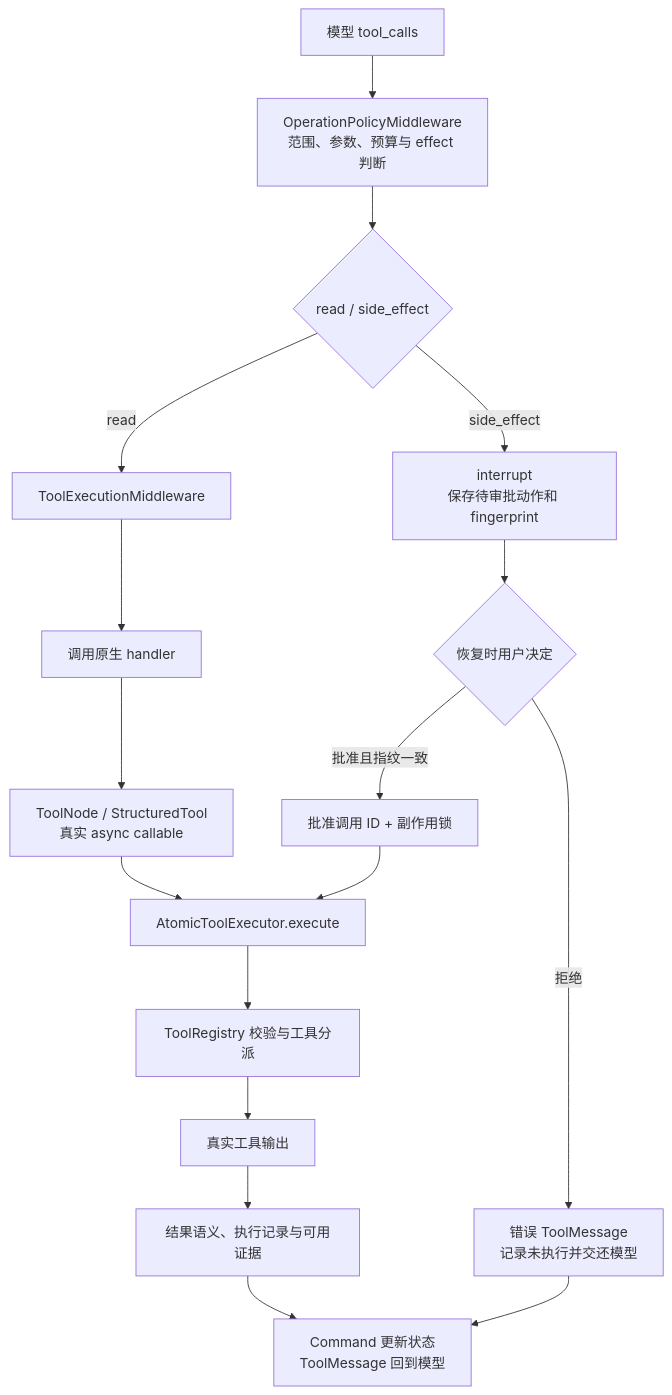
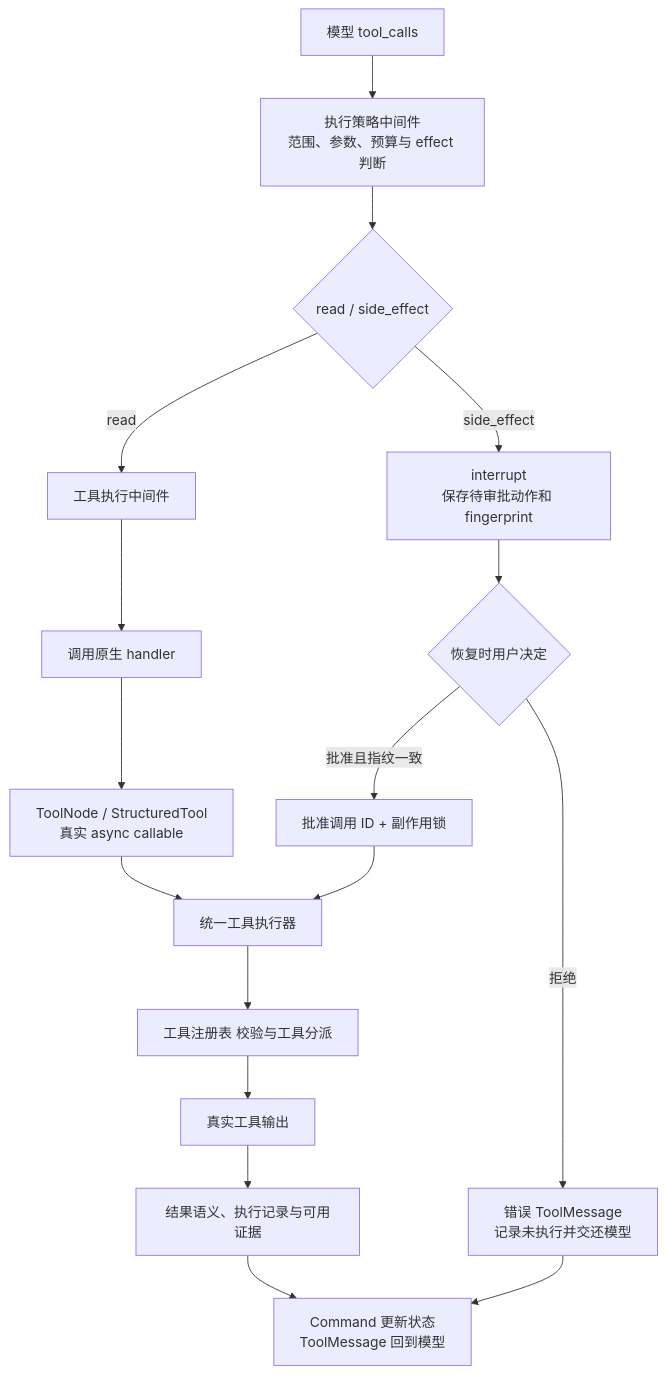
The second of 3 diagrams in agent/direct.md (qzruncode/accumulation), drawn with Mermaid before and after one commit. The commit also changed other lines of this file, not shown here.

````diff
--- a/agent/direct.md
+++ b/agent/direct.md
@@ -99,19 +96,19 @@
 ```mermaid
 flowchart TD
-    Call[模型 tool_calls] --> Policy[OperationPolicyMiddleware<br/>范围、参数、预算与 effect 判断]
+    Call[模型 tool_calls] --> Policy[执行策略中间件<br/>范围、参数、预算与 effect 判断]
     Policy --> Kind{read / side_effect}
-    Kind -->|read| MW[ToolExecutionMiddleware]
+    Kind -->|read| MW[工具执行中间件]
     MW --> Handler[调用原生 handler]
     Handler --> Native[ToolNode / StructuredTool<br/>真实 async callable]
-    Native --> Exec[AtomicToolExecutor.execute]
+    Native --> Exec[统一工具执行器]
     Kind -->|side_effect| Pause[interrupt<br/>保存待审批动作和 fingerprint]
     Pause --> Decision{恢复时用户决定}
     Decision -->|批准且指纹一致| Lock[批准调用 ID + 副作用锁]
     Lock --> Exec
     Decision -->|拒绝| Reject[错误 ToolMessage<br/>记录未执行并交还模型]
-    Exec --> Registry[ToolRegistry 校验与工具分派]
+    Exec --> Registry[工具注册表 校验与工具分派]
     Registry --> Outcome[真实工具输出]
     Outcome --> Record[结果语义、执行记录与可用证据]
     Record --> State[Command 更新状态<br/>ToolMessage 回到模型]
     Reject --> State
 ```
````
